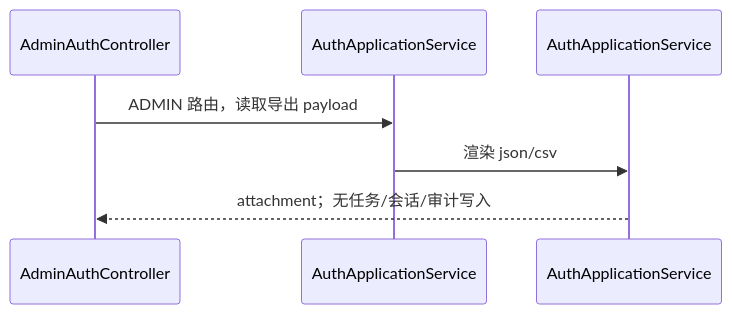
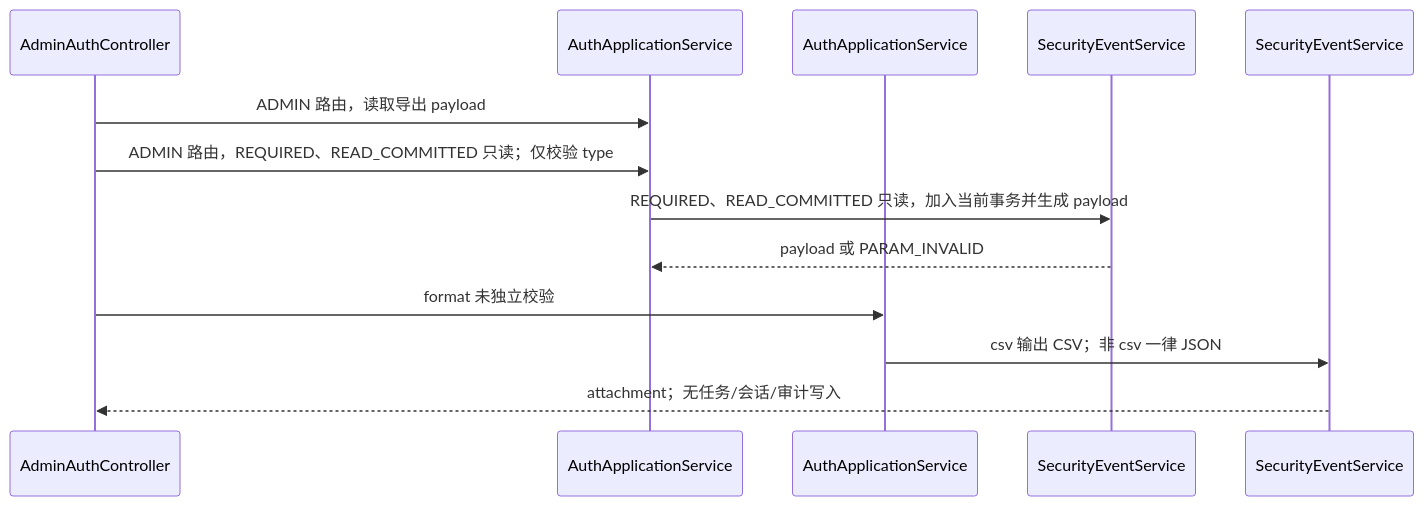
Before and after one commit to Kylinlixd/suno: diagram 11 of 33 in docs/requirements/operations.md, drawn with Mermaid. The commit also changed other lines of this file and 2 other files, not shown here.

Commit message:
docs: clarify identity and operations transaction flows

````diff
--- a/docs/requirements/operations.md
+++ b/docs/requirements/operations.md
@@ -103,9 +112,15 @@
 ```mermaid
 sequenceDiagram
   participant C as AdminAuthController#securityEventsExport
   participant B as AuthApplicationService#buildSecurityExportPayload
   participant R as AuthApplicationService#renderSecurityExportContent
   C->>B: ADMIN 路由，读取导出 payload
-  B->>R: 渲染 json/csv
-  R-->>C: attachment；无任务/会话/审计写入
+  participant S as SecurityEventService#buildSecurityExportPayload
+  participant E as SecurityEventService#renderSecurityExportContent
+  C->>B: ADMIN 路由，REQUIRED、READ_COMMITTED 只读；仅校验 type
+  B->>S: REQUIRED、READ_COMMITTED 只读，加入当前事务并生成 payload
+  S-->>B: payload 或 PARAM_INVALID
+  C->>R: format 未独立校验
+  R->>E: csv 输出 CSV；非 csv 一律 JSON
+  E-->>C: attachment；无任务/会话/审计写入
 ```
````
